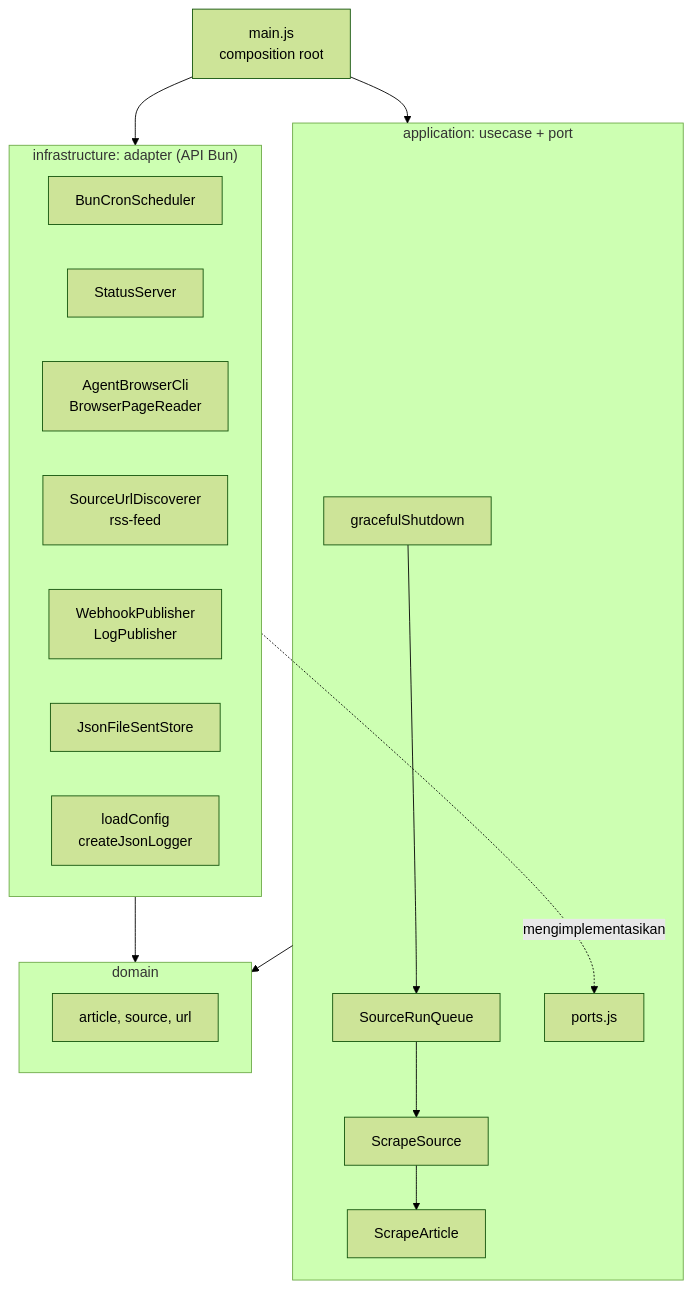
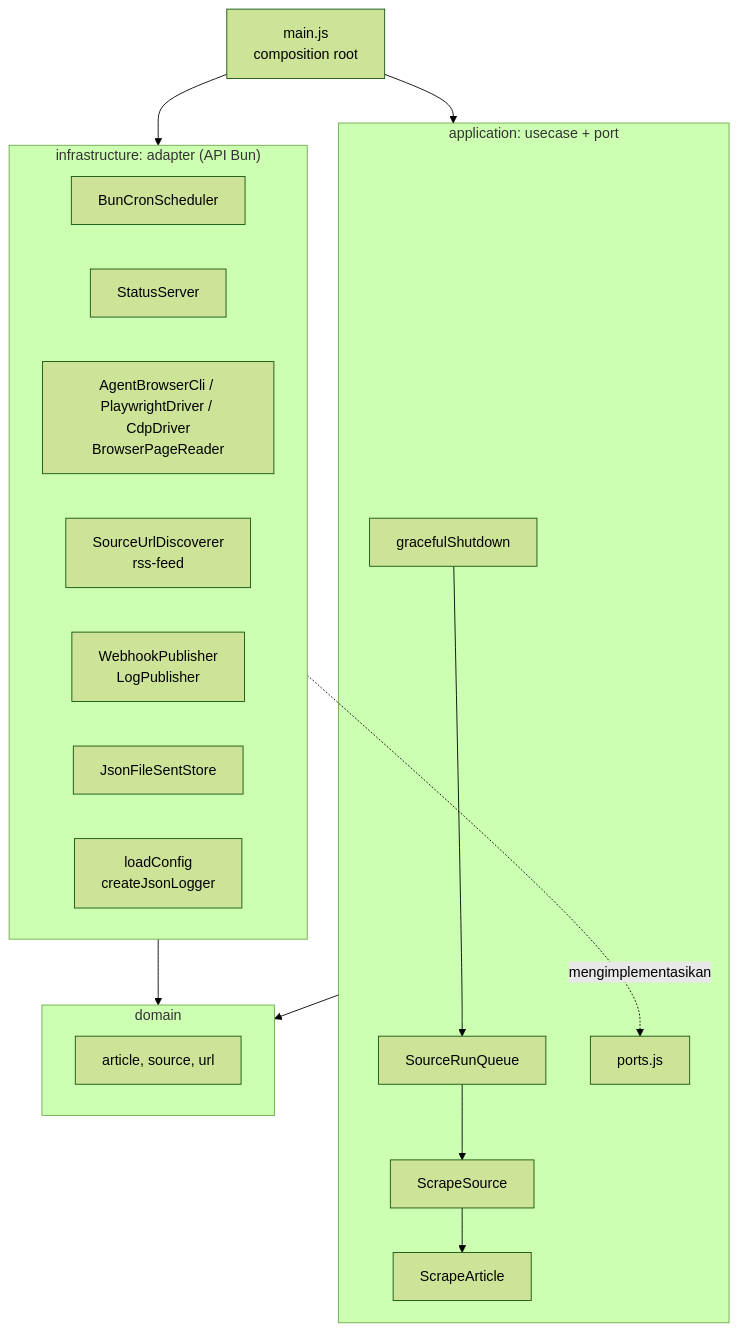
The fifth of 5 diagrams in scraper/README.md (adehikmatfr/news-scrap), drawn with Mermaid (forest theme) before and after one commit. The commit also changed other lines of this file and 29 other files, not shown here.

First line of the commit message:
Driver browser bisa dipilih, benchmark, dan ekstraktor generik

````diff
--- a/scraper/README.md
+++ b/scraper/README.md
@@ -339,31 +413,31 @@
 ```mermaid
 flowchart TB
     M["main.js<br/>composition root"]
     subgraph INF["infrastructure: adapter (API Bun)"]
         SC["BunCronScheduler"]
         HS["StatusServer"]
-        AB["AgentBrowserCli<br/>BrowserPageReader"]
+        AB["AgentBrowserCli / PlaywrightDriver / CdpDriver<br/>BrowserPageReader"]
         DS["SourceUrlDiscoverer<br/>rss-feed"]
         PB["WebhookPublisher<br/>LogPublisher"]
         ST["JsonFileSentStore"]
         CF["loadConfig<br/>createJsonLogger"]
     end
     subgraph APP["application: usecase + port"]
         GS["gracefulShutdown"]
         Q["SourceRunQueue"]
         SS["ScrapeSource"]
         SA["ScrapeArticle"]
         PT["ports.js"]
     end
     subgraph DOM["domain"]
         AR["article, source, url"]
     end
     M --> INF
     M --> APP
     INF -. mengimplementasikan .-> PT
     GS --> Q
     Q --> SS
     SS --> SA
     APP --> DOM
     INF --> DOM
 ```
````
